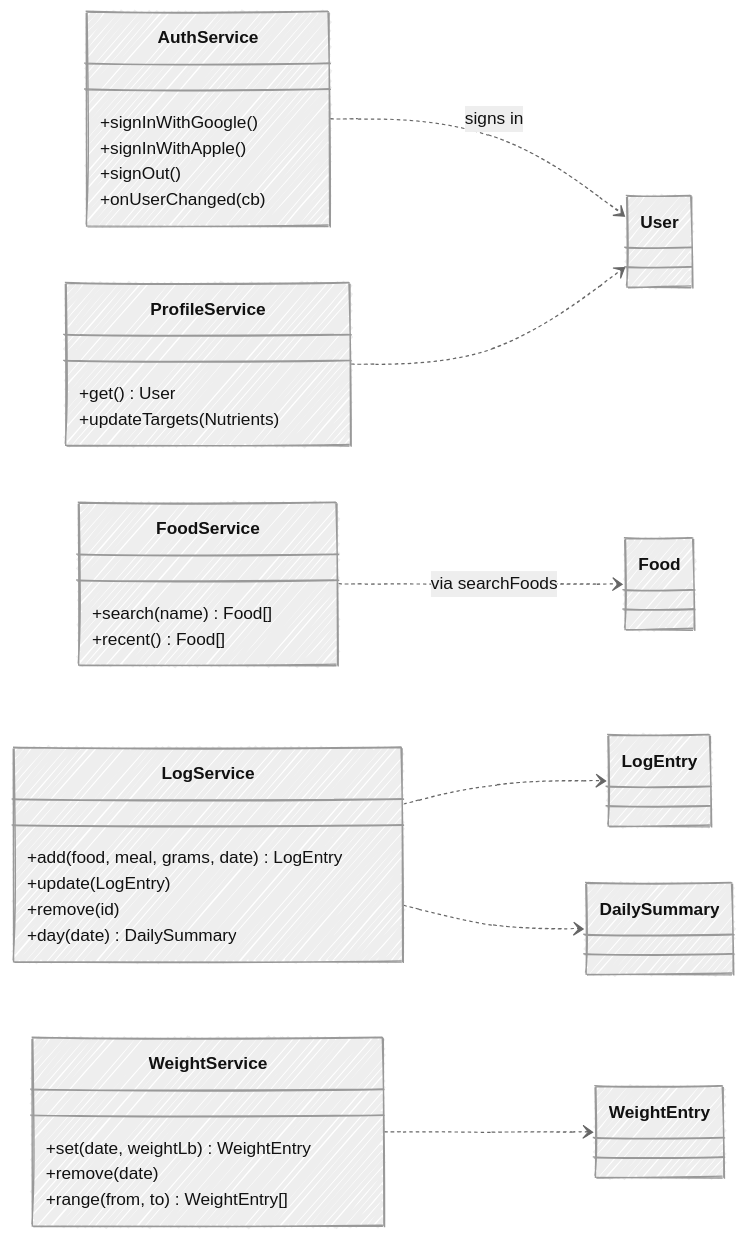
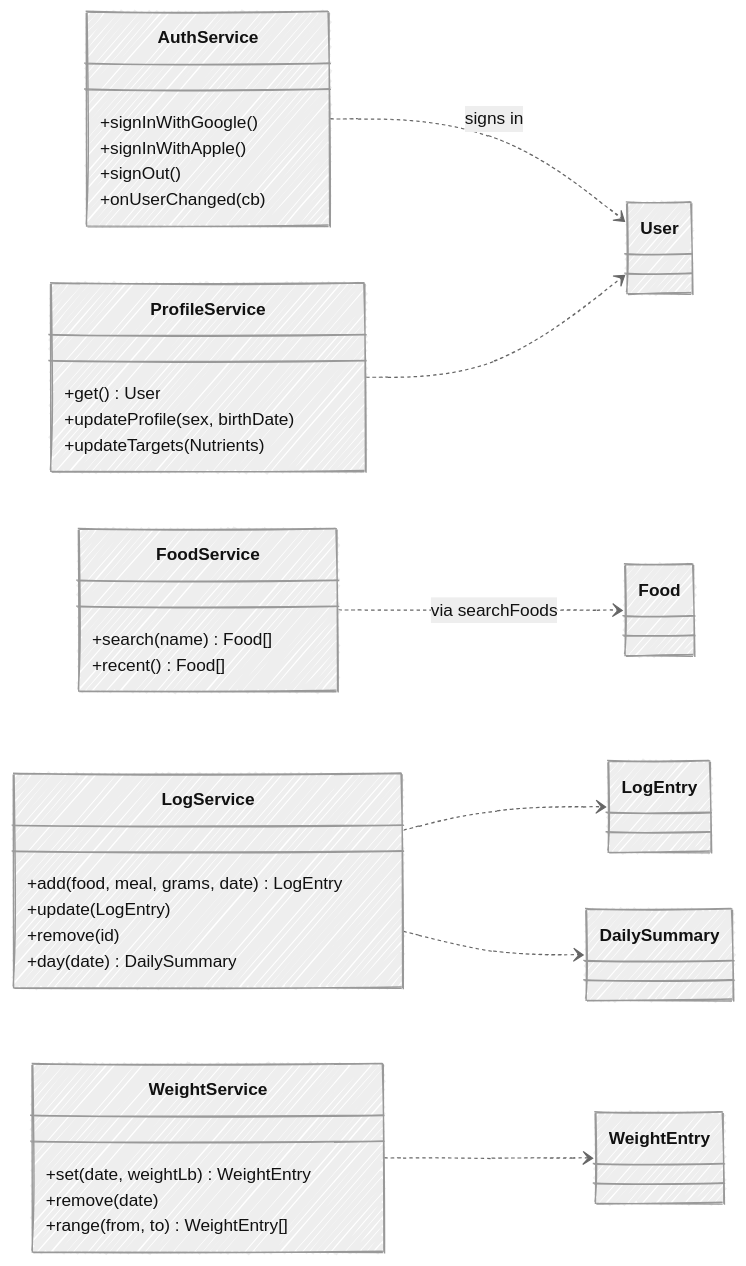
One commit to ai-rayven/wellness-ai changed the fourth of 4 diagrams in docs/mvp.md. Above: the diagram before and after it, drawn with Mermaid. The commit also changed other lines of this file, not shown here.

First line of the commit message:
Add sex and birth date to user profile

````diff
--- a/docs/mvp.md
+++ b/docs/mvp.md
@@ -206,42 +218,43 @@
 ```mermaid
 ---
 config:
   look: handDrawn
   theme: neutral
 ---
 classDiagram
     direction LR
 
     class AuthService {
         +signInWithGoogle()
         +signInWithApple()
         +signOut()
         +onUserChanged(cb)
     }
     class ProfileService {
         +get() User
+        +updateProfile(sex, birthDate)
         +updateTargets(Nutrients)
     }
     class FoodService {
         +search(name) Food[]
         +recent() Food[]
     }
     class LogService {
         +add(food, meal, grams, date) LogEntry
         +update(LogEntry)
         +remove(id)
         +day(date) DailySummary
     }
     class WeightService {
         +set(date, weightLb) WeightEntry
         +remove(date)
         +range(from, to) WeightEntry[]
     }
 
     AuthService ..> User : signs in
     ProfileService ..> User
     FoodService ..> Food : via searchFoods
     LogService ..> LogEntry
     LogService ..> DailySummary
     WeightService ..> WeightEntry
 ```
````
